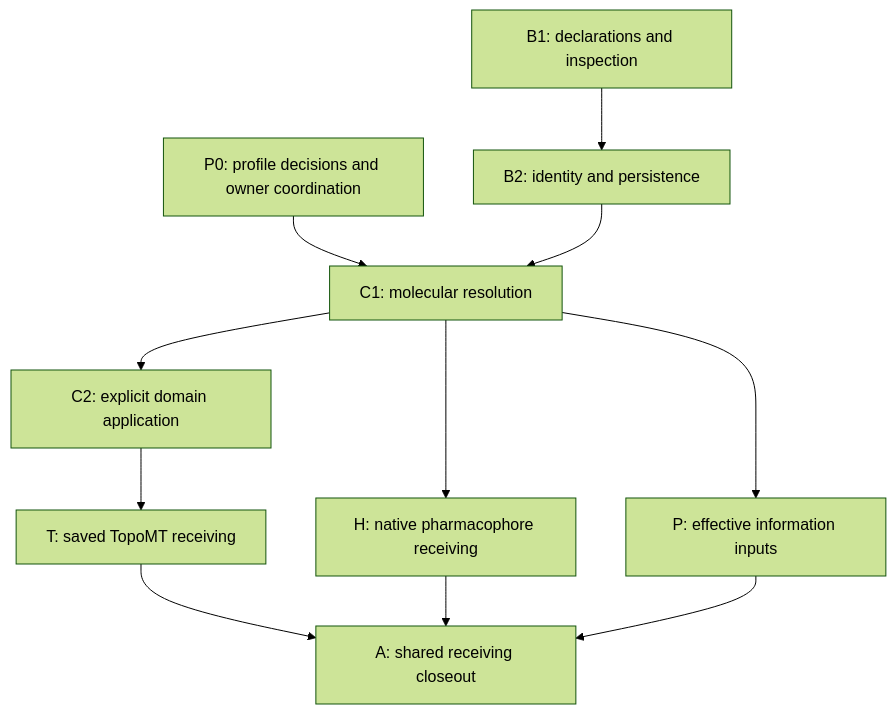
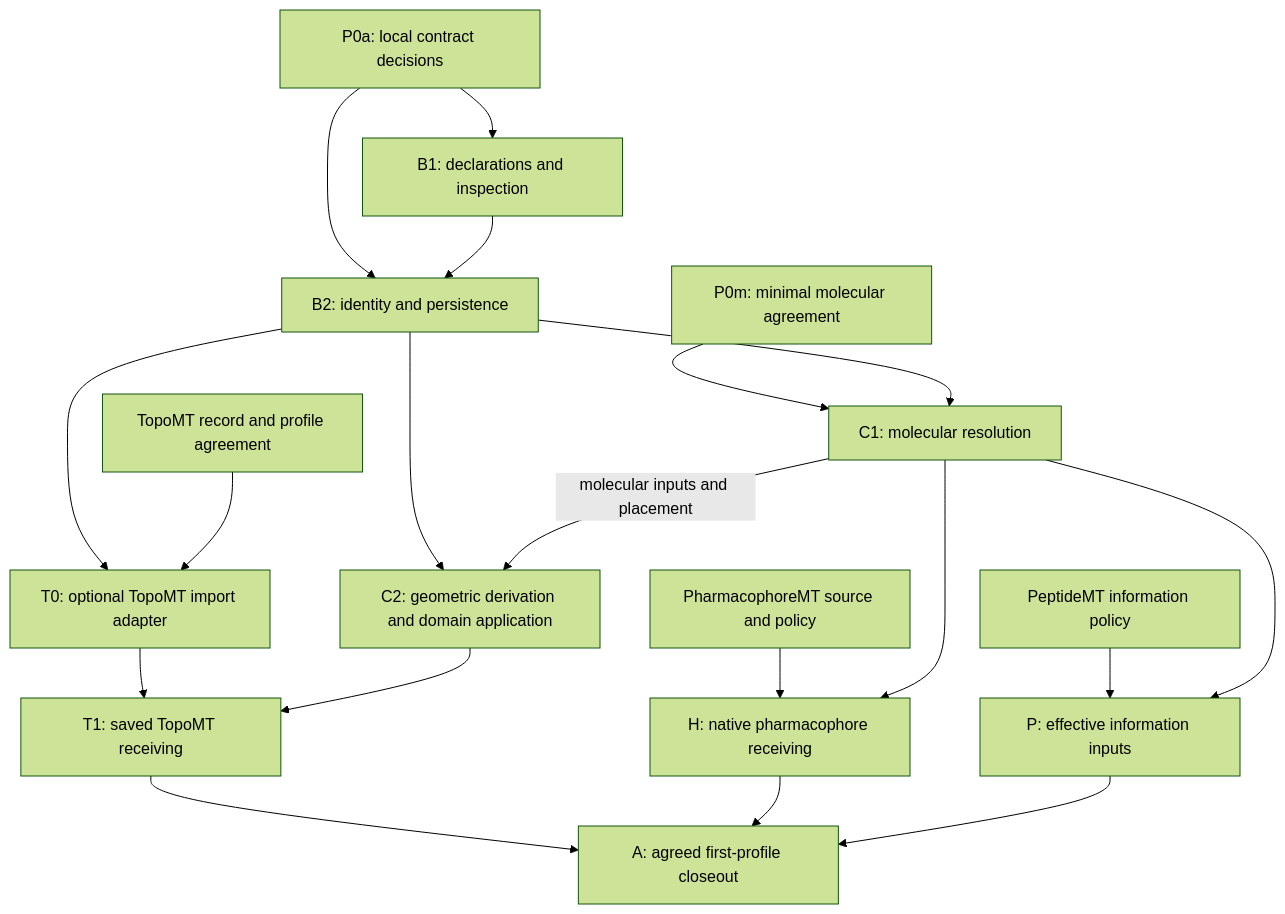
The diagram in devguide/binding_site_implementation_plan.md (uibcdf/dockingmt), drawn with Mermaid (forest theme) before and after one commit. The commit also changed other lines of this file and 9 other files, not shown here.

````diff
--- a/devguide/binding_site_implementation_plan.md
+++ b/devguide/binding_site_implementation_plan.md
@@ -113,13 +132,21 @@
 ```mermaid
 flowchart TD
-    P0[P0: profile decisions and owner coordination] --> C1[C1: molecular resolution]
-    B1[B1: declarations and inspection] --> B2[B2: identity and persistence]
+    P0a[P0a: local contract decisions] --> B1[B1: declarations and inspection]
+    P0a --> B2[B2: identity and persistence]
+    P0m[P0m: minimal molecular agreement] --> C1[C1: molecular resolution]
+    B1 --> B2
     B2 --> C1
-    C1 --> C2[C2: explicit domain application]
-    C2 --> T[T: saved TopoMT receiving]
-    C1 --> H[H: native pharmacophore receiving]
-    C1 --> P[P: effective information inputs]
-    T --> A[A: shared receiving closeout]
+    B2 --> C2[C2: geometric derivation and domain application]
+    C1 -->|molecular inputs and placement| C2
+    B2 --> T0[T0: optional TopoMT import adapter]
+    IT[TopoMT record and profile agreement] --> T0
+    T0 --> T1[T1: saved TopoMT receiving]
+    C2 --> T1
+    IH[PharmacophoreMT source and policy] --> H[H: native pharmacophore receiving]
+    C1 --> H
+    IP[PeptideMT information policy] --> P[P: effective information inputs]
+    C1 --> P
+    T1 --> A[A: agreed first-profile closeout]
     H --> A
     P --> A
 ```
````
